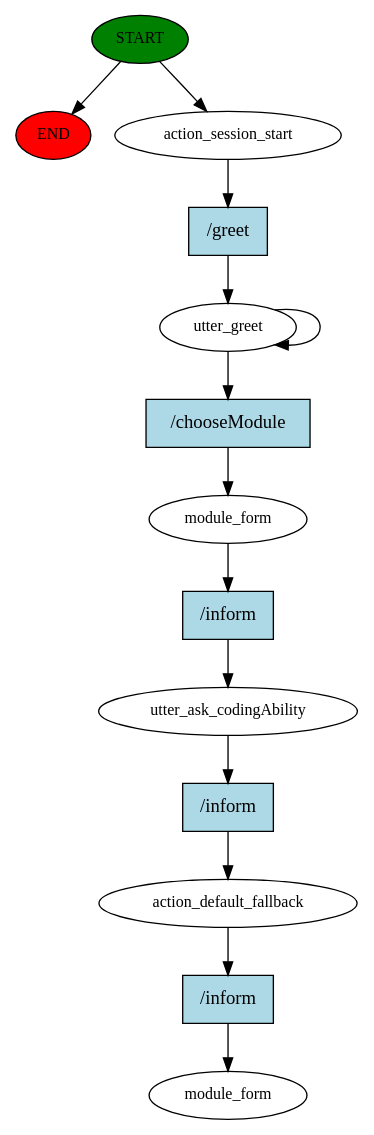
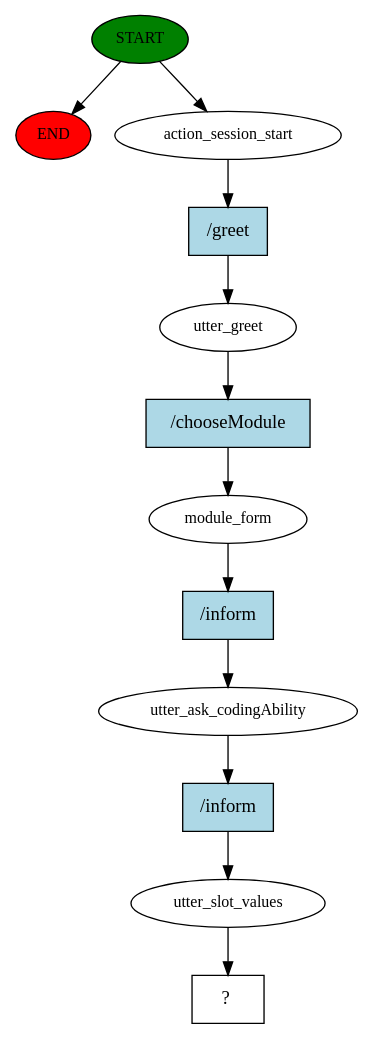
One commit to lewisstevenmackenzie/Dissertation1 changed the diagram in story_graph.dot. Above: the diagram before and after it, drawn with Graphviz. The commit also changed 130 other files, not shown here.

```diff
--- a/story_graph.dot
+++ b/story_graph.dot
@@ -1,28 +1,25 @@
 digraph  {
 0 [class="start active", fillcolor=green, fontsize=12, label=START, style=filled];
 "-1" [class=end, fillcolor=red, fontsize=12, label=END, style=filled];
 1 [class=active, fontsize=12, label=action_session_start];
 2 [class=active, fontsize=12, label=utter_greet];
-4 [class=active, fontsize=12, label=module_form];
-5 [class=active, fontsize=12, label=utter_ask_codingAbility];
-6 [class=active, fontsize=12, label=action_default_fallback];
-7 [class="dashed active", fontsize=12, label=module_form];
-8 [class="intent active", fillcolor=lightblue, label="/greet", shape=rect, style=filled];
-9 [class="intent active", fillcolor=lightblue, label="/chooseModule", shape=rect, style=filled];
+3 [class=active, fontsize=12, label=module_form];
+4 [class=active, fontsize=12, label=utter_ask_codingAbility];
+5 [class=active, fontsize=12, label=utter_slot_values];
+6 [class="intent dashed active", label="  ?  ", shape=rect];
+7 [class="intent active", fillcolor=lightblue, label="/greet", shape=rect, style=filled];
+8 [class="intent active", fillcolor=lightblue, label="/chooseModule", shape=rect, style=filled];
+9 [class="intent active", fillcolor=lightblue, label="/inform", shape=rect, style=filled];
 10 [class="intent active", fillcolor=lightblue, label="/inform", shape=rect, style=filled];
-11 [class="intent active", fillcolor=lightblue, label="/inform", shape=rect, style=filled];
-12 [class="intent active", fillcolor=lightblue, label="/inform", shape=rect, style=filled];
 0 -> "-1"  [class="", key=NONE, label=""];
 0 -> 1  [class=active, key=NONE, label=""];
-1 -> 8  [class=active, key=0];
-2 -> 2  [class=active, key=NONE, label=""];
-2 -> 9  [class=active, key=0];
+1 -> 7  [class=active, key=0];
+2 -> 8  [class=active, key=0];
+3 -> 9  [class=active, key=0];
 4 -> 10  [class=active, key=0];
-5 -> 11  [class=active, key=0];
-6 -> 12  [class=active, key=0];
-8 -> 2  [class=active, key=0];
+5 -> 6  [class=active, key=NONE, label=""];
+7 -> 2  [class=active, key=0];
+8 -> 3  [class=active, key=0];
 9 -> 4  [class=active, key=0];
 10 -> 5  [class=active, key=0];
-11 -> 6  [class=active, key=0];
-12 -> 7  [class=active, key=0];
 }
```
